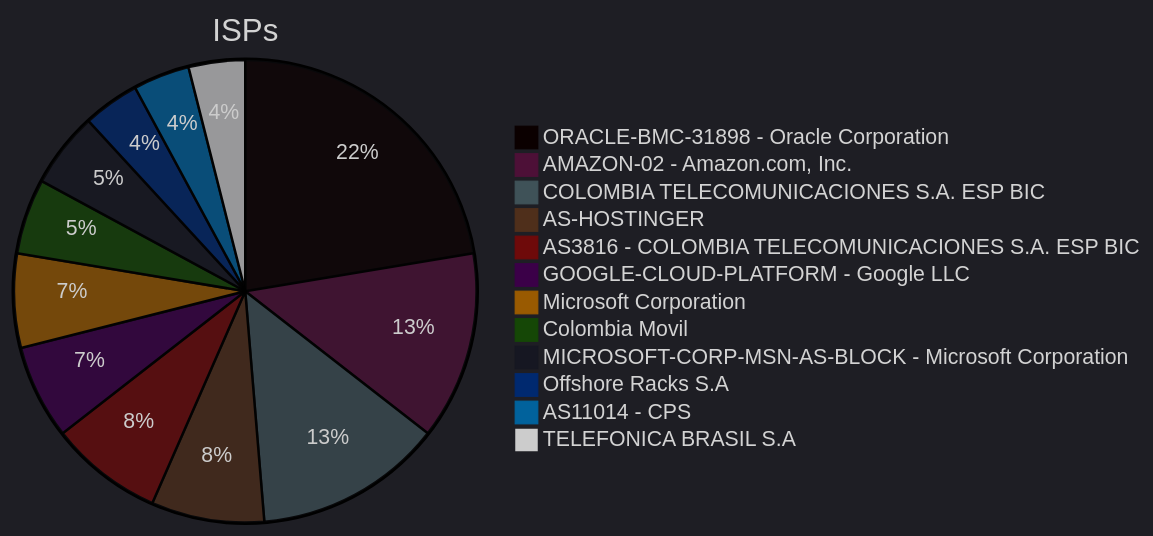
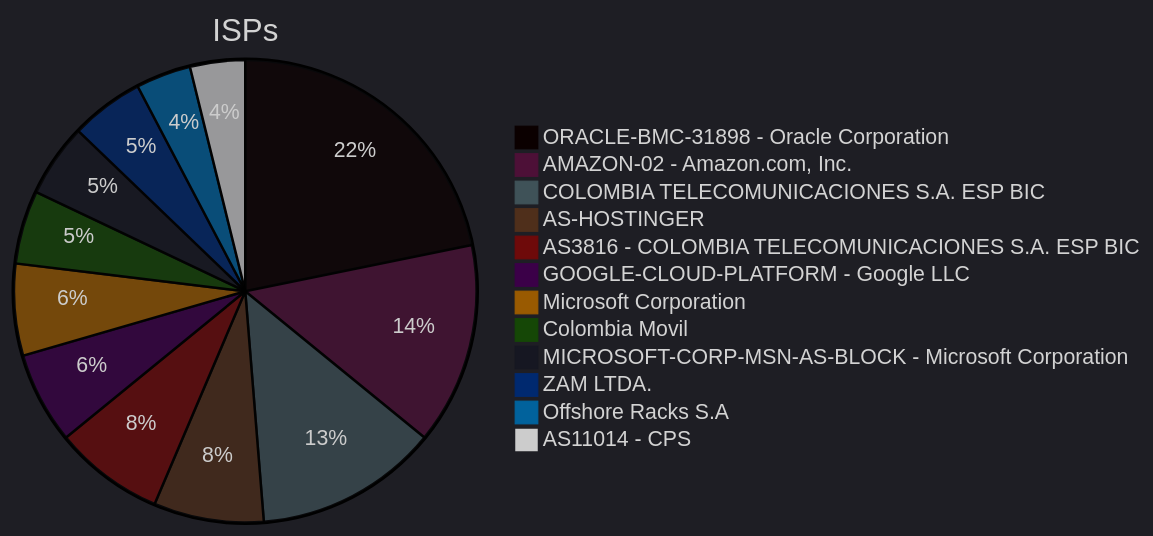
One commit to ZoqueLabs/website changed the fourth of 7 diagrams in zolim.md. Above: the diagram before and after it, drawn with Mermaid. The commit also changed other lines of this file, not shown here.

````diff
--- a/zolim.md
+++ b/zolim.md
@@ -93,19 +93,19 @@
 ```mermaid
----  
-config:  
- theme: dark  
---- 
+---
+config:
+  theme: dark
+---
 pie title ISPs
   "ORACLE-BMC-31898 - Oracle Corporation" : 17
-  "AMAZON-02 - Amazon.com, Inc." : 10
+  "AMAZON-02 - Amazon.com, Inc." : 11
   "COLOMBIA TELECOMUNICACIONES S.A. ESP BIC" : 10
   "AS-HOSTINGER" : 6
   "AS3816 - COLOMBIA TELECOMUNICACIONES S.A. ESP BIC" : 6
   "GOOGLE-CLOUD-PLATFORM - Google LLC" : 5
   "Microsoft Corporation" : 5
   "Colombia Movil" : 4
   "MICROSOFT-CORP-MSN-AS-BLOCK - Microsoft Corporation" : 4
+  "ZAM LTDA." : 4
   "Offshore Racks S.A" : 3
   "AS11014 - CPS" : 3
-  "TELEFONICA BRASIL S.A" : 3
 ```
````
